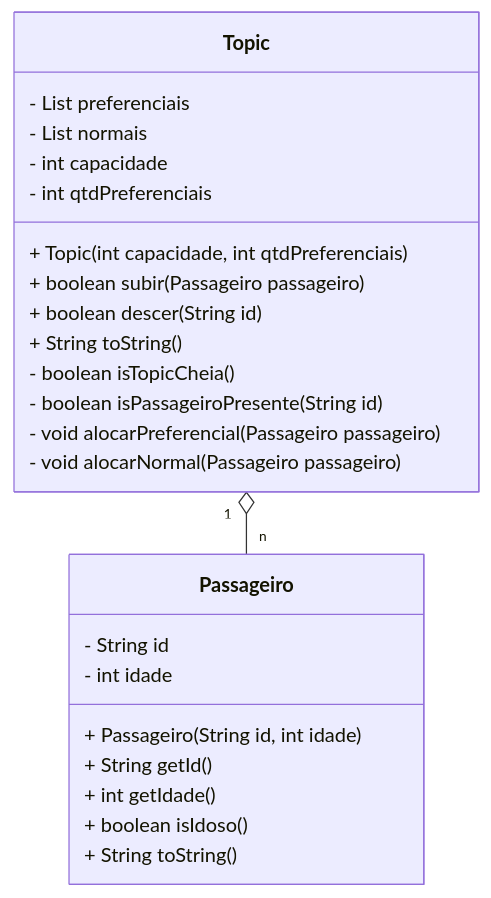
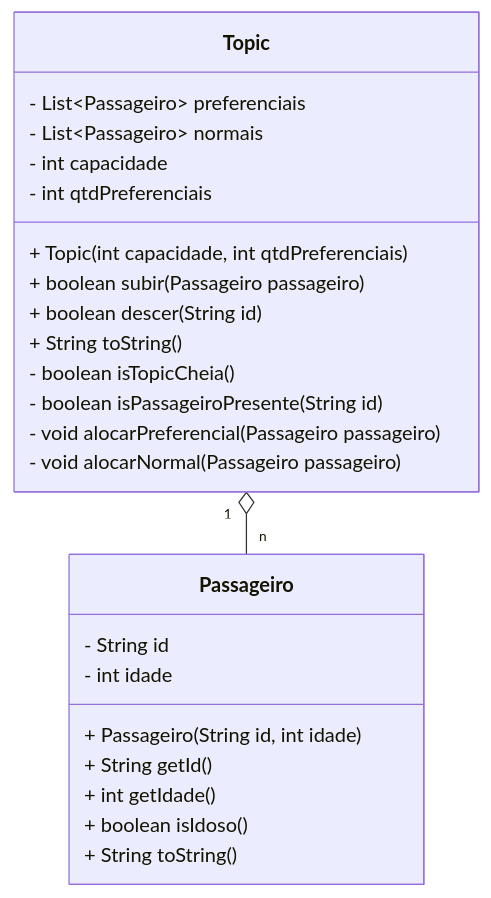
One commit to WillianSilva51/TopicDeLuxo changed the diagram in README.md. Above: the diagram before and after it, drawn with Mermaid. The commit also changed other lines of this file and 3 other files, not shown here.

````diff
--- a/README.md
+++ b/README.md
@@ -50,29 +49,31 @@
 ```mermaid
 classDiagram
     class Topic {
-        - List<Passageiro> preferenciais
-        - List<Passageiro> normais
+        - List~Passageiro~ preferenciais
+        - List~Passageiro~ normais
         - int capacidade
         - int qtdPreferenciais
+        
         + Topic(int capacidade, int qtdPreferenciais)
         + boolean subir(Passageiro passageiro)
         + boolean descer(String id)
         + String toString()
         - boolean isTopicCheia()
         - boolean isPassageiroPresente(String id)
         - void alocarPreferencial(Passageiro passageiro)
         - void alocarNormal(Passageiro passageiro)
     }
     
     class Passageiro {
         - String id
         - int idade
+        
         + Passageiro(String id, int idade)
         + String getId()
         + int getIdade()
         + boolean isIdoso()
         + String toString()
     }
     
     Topic "1" o-- "n" Passageiro
 ```
````
